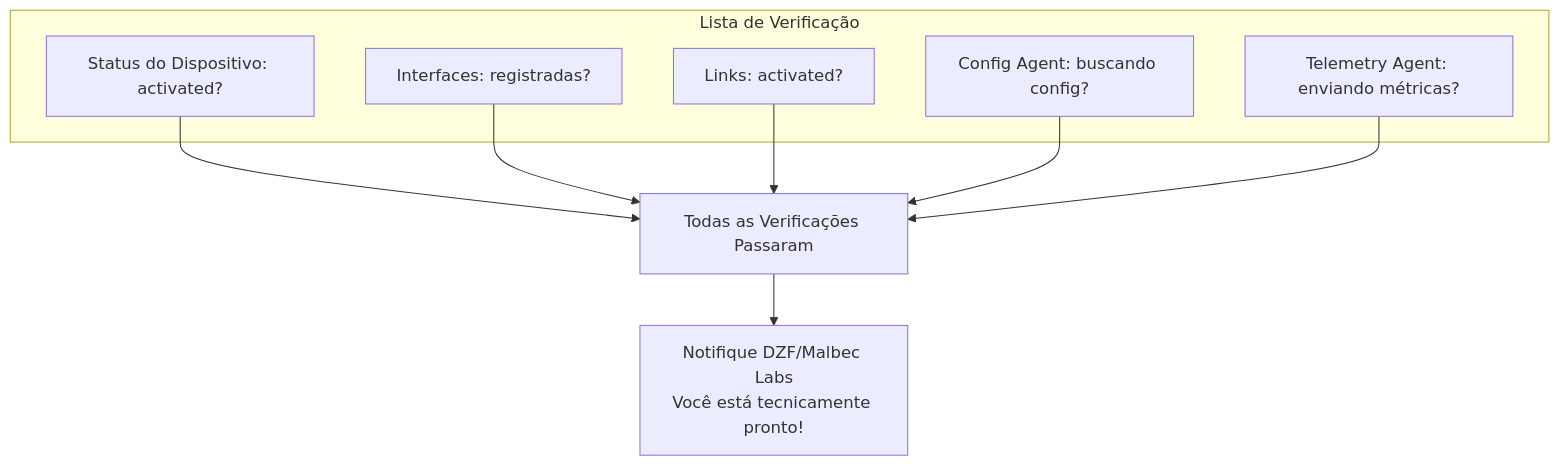
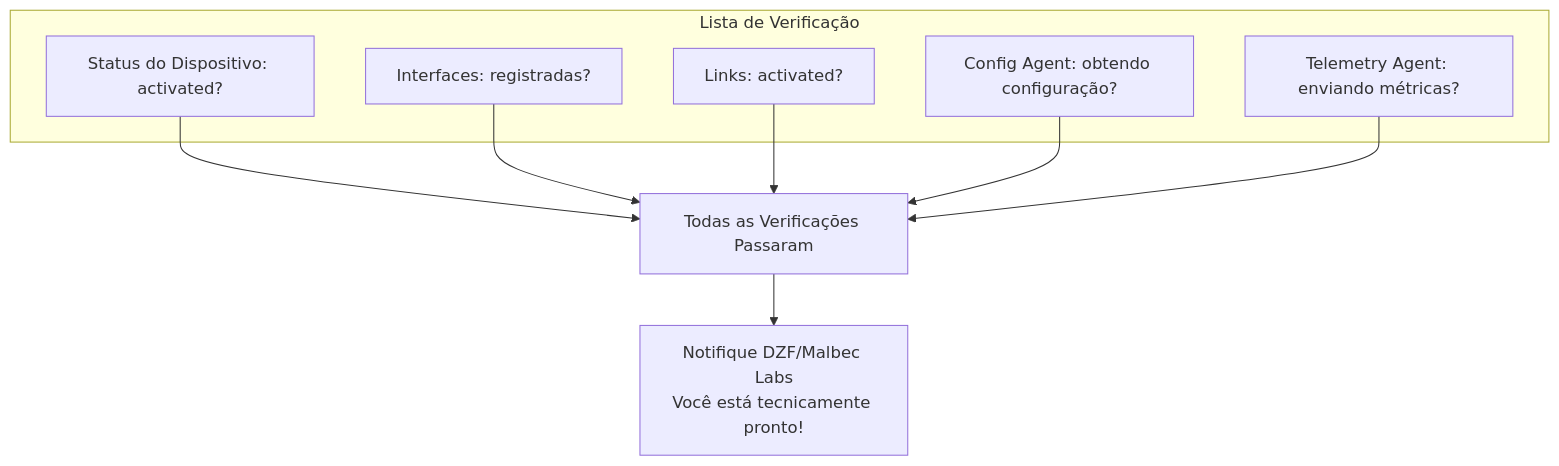
One commit to malbeclabs/docs changed diagram 13 of 13 in docs/contribute-provisioning.pt.md. Above: the diagram before and after it, drawn with Mermaid. The commit also changed other lines of this file and 160 other files, not shown here.

````diff
--- a/docs/contribute-provisioning.pt.md
+++ b/docs/contribute-provisioning.pt.md
@@ -960,18 +1032,18 @@
 ```mermaid
 flowchart TB
     subgraph "Lista de Verificação"
         D[Status do Dispositivo: activated?]
         I[Interfaces: registradas?]
         L[Links: activated?]
-        CA[Config Agent: buscando config?]
+        CA[Config Agent: obtendo configuração?]
         TA[Telemetry Agent: enviando métricas?]
     end
 
     D --> PASS
     I --> PASS
     L --> PASS
     CA --> PASS
     TA --> PASS
 
     PASS[Todas as Verificações Passaram] --> NOTIFY[Notifique DZF/Malbec Labs<br/>Você está tecnicamente pronto!]
 ```
````
